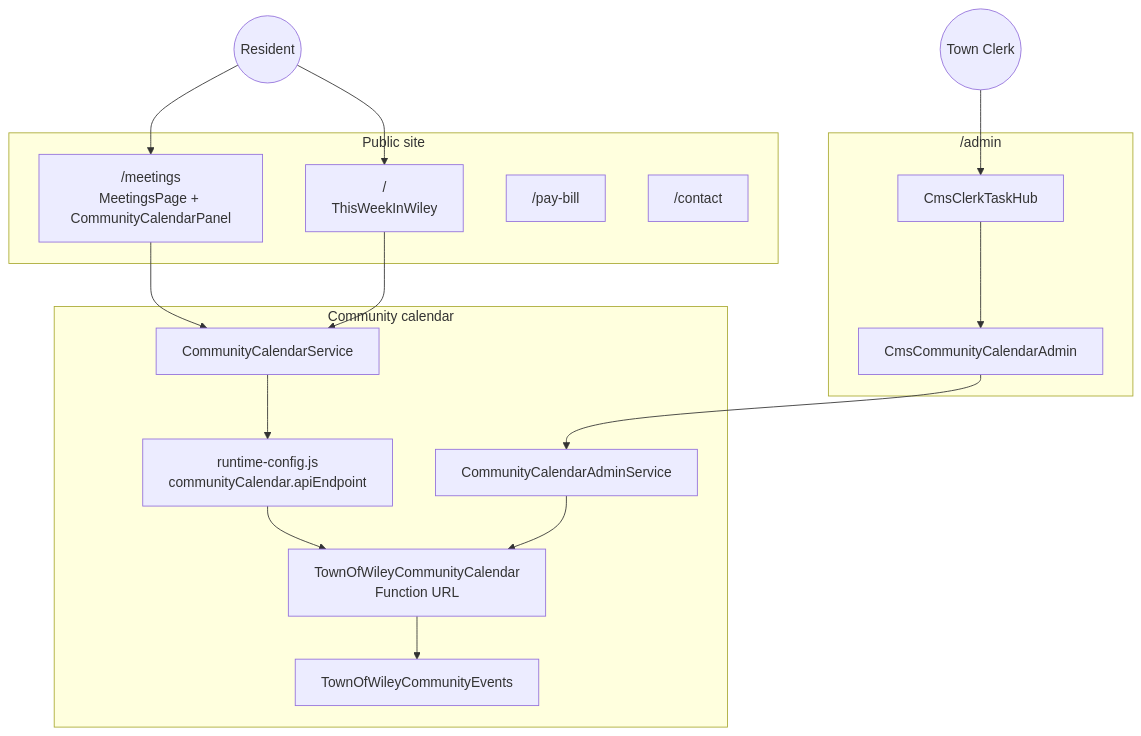
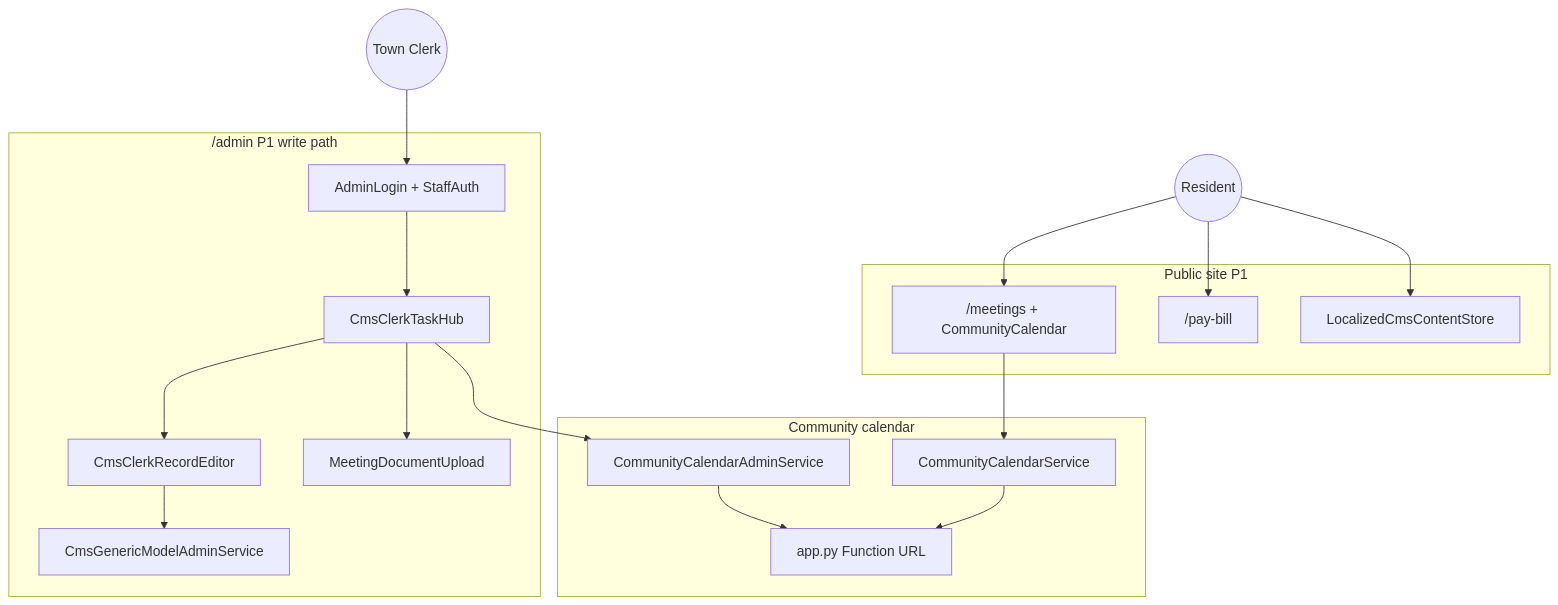
One commit to Bigessfour/Townofwiley changed the diagram in docs/function-tree.md. Above: the diagram before and after it, drawn with Mermaid. The commit also changed other lines of this file and 22 other files, not shown here.

````diff
--- a/docs/function-tree.md
+++ b/docs/function-tree.md
@@ -6,33 +8,32 @@
 ```mermaid
 flowchart TB
   Resident((Resident))
   Clerk((Town Clerk))
 
-  subgraph Public["Public site"]
-    Meetings["/meetings\nMeetingsPage + CommunityCalendarPanel"]
-    Home["/\nThisWeekInWiley"]
+  subgraph Public["Public site P1"]
+    Meetings["/meetings + CommunityCalendar"]
     Pay["/pay-bill"]
-    Contact["/contact"]
+    CmsRead["LocalizedCmsContentStore"]
   end
 
   subgraph Calendar["Community calendar"]
-    Runtime["runtime-config.js\ncommunityCalendar.apiEndpoint"]
     Svc["CommunityCalendarService"]
     AdminSvc["CommunityCalendarAdminService"]
-    Lambda["TownOfWileyCommunityCalendar\nFunction URL"]
-    DDB["TownOfWileyCommunityEvents"]
+    Lambda["app.py Function URL"]
   end
 
-  subgraph Staff["/admin"]
+  subgraph Staff["/admin P1 write path"]
+    Login["AdminLogin + StaffAuth"]
     Hub["CmsClerkTaskHub"]
-    CalAdmin["CmsCommunityCalendarAdmin"]
+    Editor["CmsClerkRecordEditor"]
+    Generic["CmsGenericModelAdminService"]
+    Upload["MeetingDocumentUpload"]
   end
 
-  Resident --> Meetings
-  Resident --> Home
-  Meetings --> Svc
-  Home --> Svc
-  Svc --> Runtime --> Lambda
-  Lambda --> DDB
-  Clerk --> Hub --> CalAdmin --> AdminSvc --> Lambda
+  Resident --> Meetings --> Svc --> Lambda
+  Resident --> Pay
+  Resident --> CmsRead
+  Clerk --> Login --> Hub --> Editor --> Generic
+  Hub --> Upload
+  Hub --> AdminSvc --> Lambda
 ```
````
